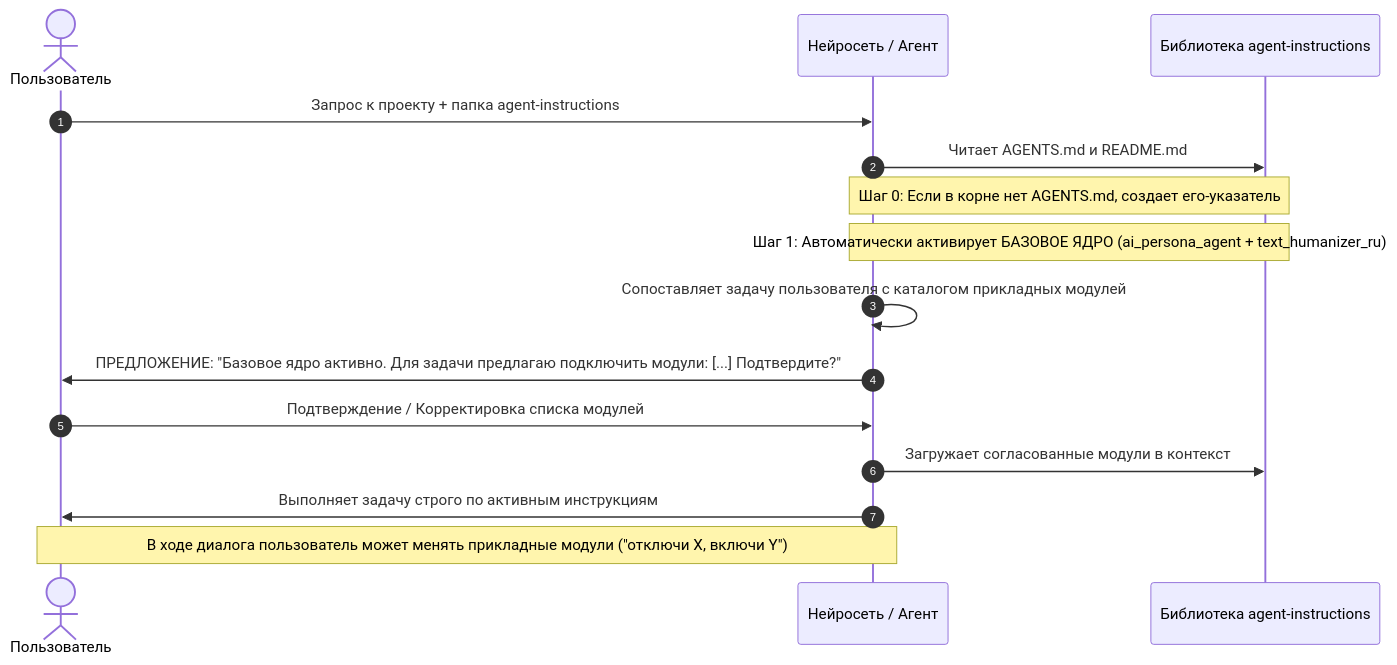
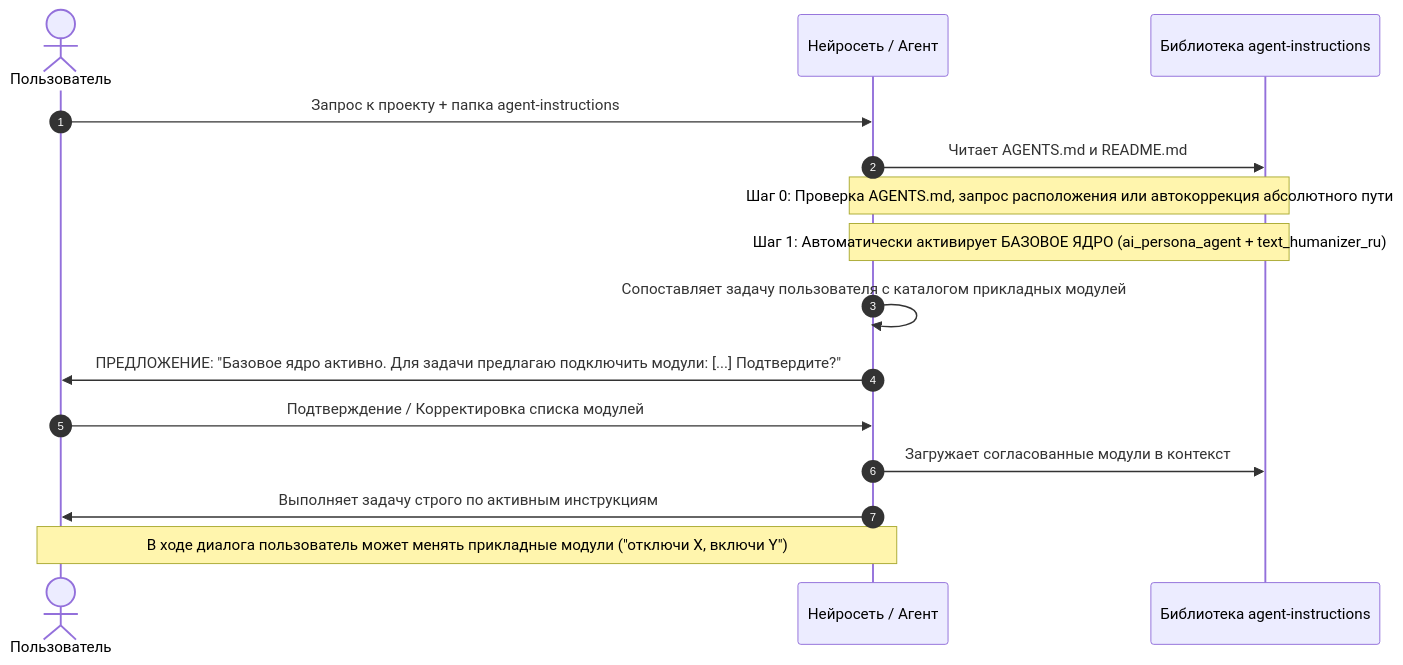
Before and after one commit to James7underland/agent-instructions: the second of 2 diagrams in README.md, drawn with Mermaid. The commit also changed other lines of this file and 2 other files, not shown here.

````diff
--- a/README.md
+++ b/README.md
@@ -48,18 +48,18 @@
 ```mermaid
 sequenceDiagram
     autonumber
     actor User as Пользователь
     participant AI as Нейросеть / Агент
     participant Lib as Библиотека agent-instructions
 
     User->>AI: Запрос к проекту + папка agent-instructions
     AI->>Lib: Читает AGENTS.md и README.md
-    Note over AI,Lib: Шаг 0: Если в корне нет AGENTS.md, создает его-указатель
+    Note over AI,Lib: Шаг 0: Проверка AGENTS.md, запрос расположения или автокоррекция абсолютного пути
     Note over AI,Lib: Шаг 1: Автоматически активирует БАЗОВОЕ ЯДРО (ai_persona_agent + text_humanizer_ru)
     AI->>AI: Сопоставляет задачу пользователя с каталогом прикладных модулей
     AI->>User: ПРЕДЛОЖЕНИЕ: "Базовое ядро активно. Для задачи предлагаю подключить модули: [...] Подтвердите?"
     User->>AI: Подтверждение / Корректировка списка модулей
     AI->>Lib: Загружает согласованные модули в контекст
     AI->>User: Выполняет задачу строго по активным инструкциям
     Note over User,AI: В ходе диалога пользователь может менять прикладные модули ("отключи X, включи Y")
 ```
````
